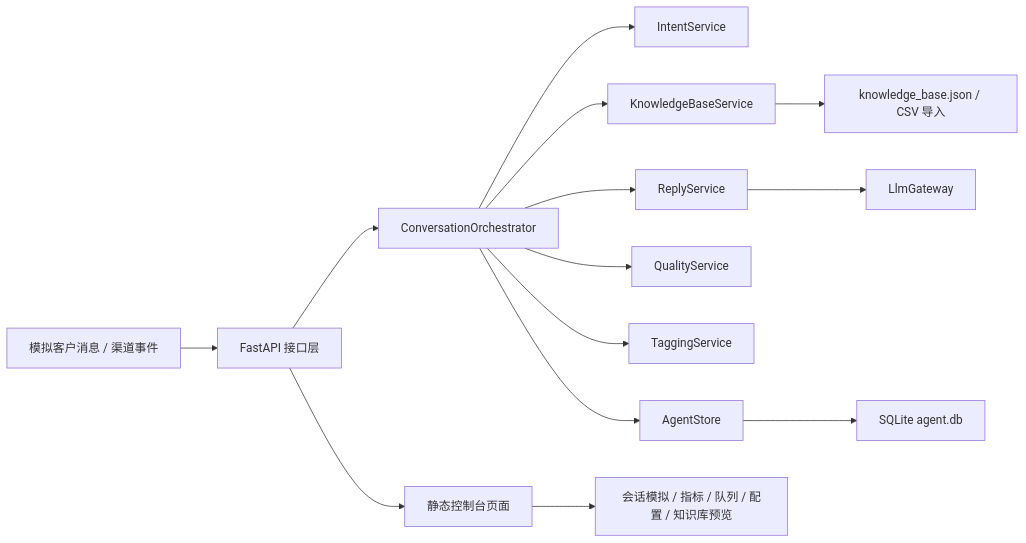
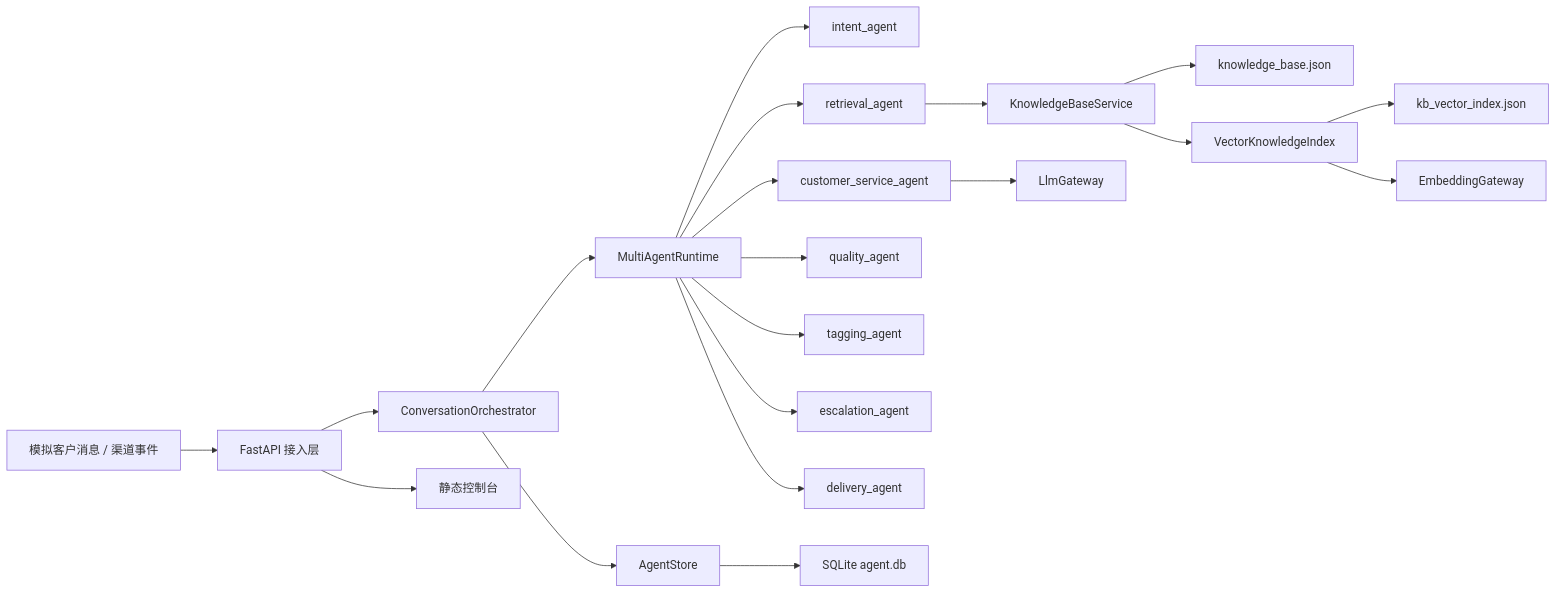
Before and after one commit to mkpqj/reply-agent: the diagram in README.md, drawn with Mermaid. The commit also changed other lines of this file, not shown here.

Commit message:
Refresh README for multi-agent architecture

````diff
--- a/README.md
+++ b/README.md
@@ -68,16 +75,22 @@
 ```mermaid
 flowchart LR
-    A["模拟客户消息 / 渠道事件"] --> B["FastAPI 接口层"]
+    A["模拟客户消息 / 渠道事件"] --> B["FastAPI 接入层"]
     B --> C["ConversationOrchestrator"]
-    C --> D["IntentService"]
-    C --> E["KnowledgeBaseService"]
-    C --> F["ReplyService"]
-    F --> G["LlmGateway"]
-    C --> H["QualityService"]
-    C --> I["TaggingService"]
-    C --> J["AgentStore"]
-    E --> K["knowledge_base.json / CSV 导入"]
-    J --> L["SQLite agent.db"]
-    B --> M["静态控制台页面"]
-    M --> N["会话模拟 / 指标 / 队列 / 配置 / 知识库预览"]
+    C --> D["MultiAgentRuntime"]
+    D --> E["intent_agent"]
+    D --> F["retrieval_agent"]
+    D --> G["customer_service_agent"]
+    D --> H["quality_agent"]
+    D --> I["tagging_agent"]
+    D --> J["escalation_agent"]
+    D --> K["delivery_agent"]
+    F --> L["KnowledgeBaseService"]
+    L --> M["knowledge_base.json"]
+    L --> N["VectorKnowledgeIndex"]
+    N --> O["kb_vector_index.json"]
+    N --> P["EmbeddingGateway"]
+    G --> Q["LlmGateway"]
+    C --> R["AgentStore"]
+    R --> S["SQLite agent.db"]
+    B --> T["静态控制台"]
 ```
````
